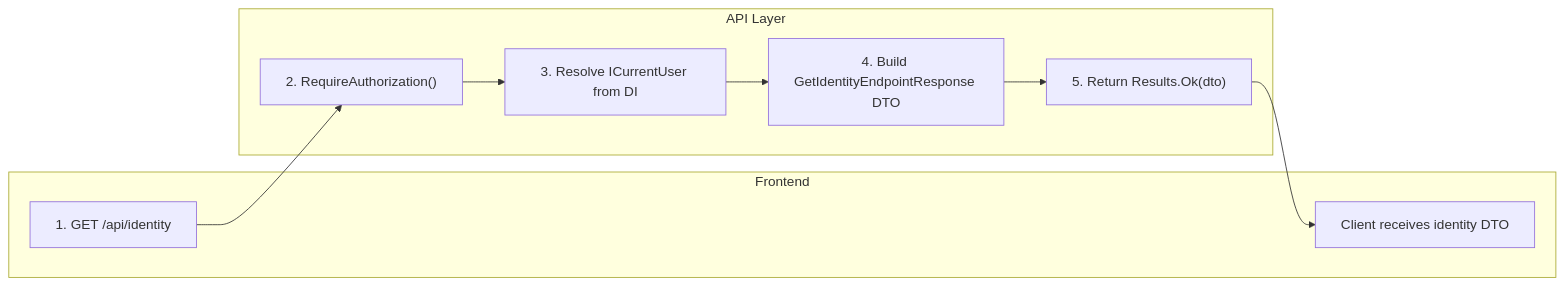
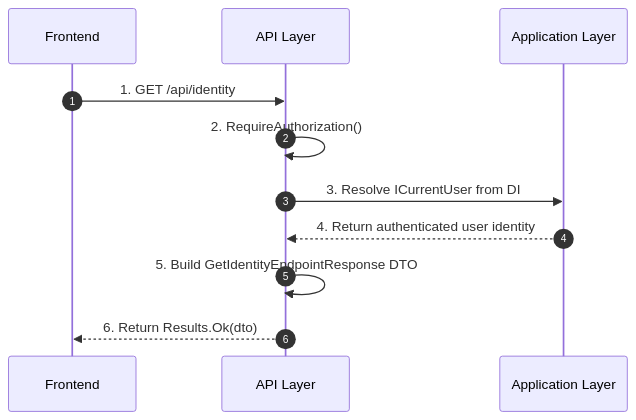
Before and after one commit to FrankJHughes/camp-fit-fur-dogs: the diagram in docs/Frank/Identity/guides/developer/get-identity/README.md, drawn with Mermaid. The commit also changed other lines of this file and 2 other files, not shown here.

````diff
--- a/docs/Frank/Identity/guides/developer/get-identity/README.md
+++ b/docs/Frank/Identity/guides/developer/get-identity/README.md
@@ -18,18 +18,15 @@
 ```mermaid
-flowchart LR
-    %% Lanes
-    subgraph CLIENT["Frontend"]
-        C1["1. GET /api/identity"]
-        C2["Client receives identity DTO"]
-    end
+sequenceDiagram
+    autonumber
 
-    subgraph API["API Layer"]
-        A1["2. RequireAuthorization()"]
-        A2["3. Resolve ICurrentUser from DI"]
-        A3["4. Build GetIdentityEndpointResponse DTO"]
-        A4["5. Return Results.Ok(dto)"]
-    end
+    participant CLIENT as Frontend
+    participant API as API Layer
+    participant APP as Application Layer
 
-    %% Flow
-    C1 --> A1 --> A2 --> A3 --> A4 --> C2
+    CLIENT->>API: 1. GET /api/identity
+    API->>API: 2. RequireAuthorization()
+    API->>APP: 3. Resolve ICurrentUser from DI
+    APP-->>API: 4. Return authenticated user identity
+    API->>API: 5. Build GetIdentityEndpointResponse DTO
+    API-->>CLIENT: 6. Return Results.Ok(dto)
 ```
````
